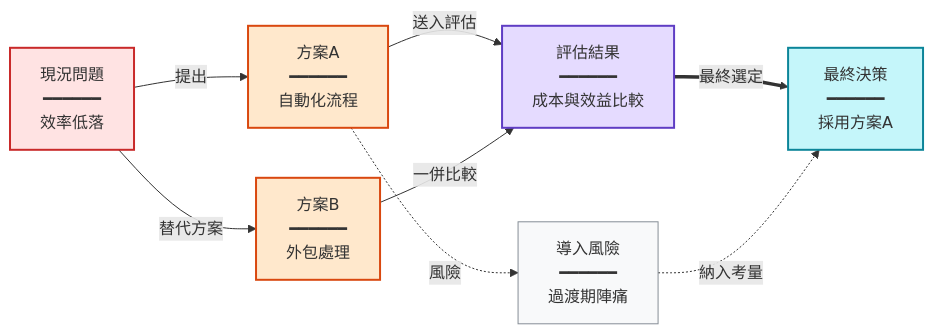
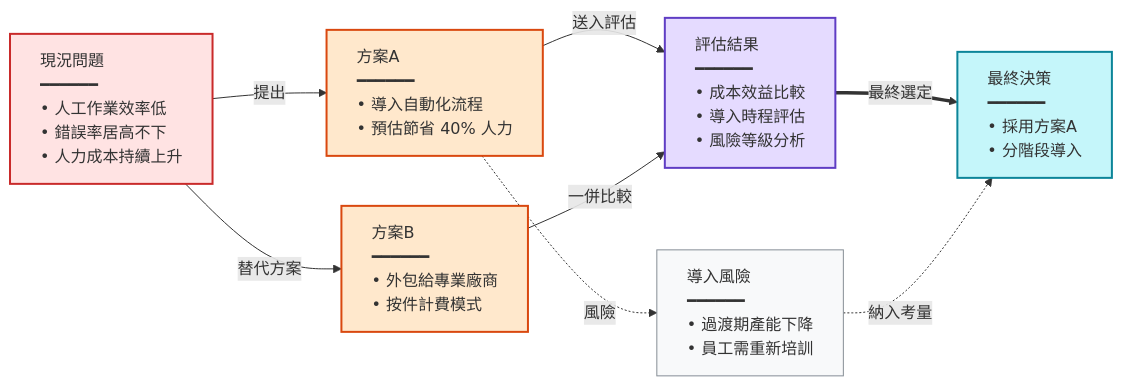
Before and after one commit to kouko/youtube-summarize-scraper: the second of 2 diagrams in prompts/builtin/mermaid-zh-Hant.md, drawn with Mermaid. The commit also changed other lines of this file and 2 other files, not shown here.

First line of the commit message:
feat: mermaid bullet list nodes, left-align, and layout improvements (#36)

````diff
--- a/prompts/builtin/mermaid-zh-Hant.md
+++ b/prompts/builtin/mermaid-zh-Hant.md
@@ -60,16 +61,16 @@
 ```mermaid
 graph LR
-H["現況問題<br/>━━━━━━<br/>效率低落"] -->|提出| I["方案A<br/>━━━━━━<br/>自動化流程"]
-H -->|替代方案| J["方案B<br/>━━━━━━<br/>外包處理"]
-I -->|送入評估| K["評估結果<br/>━━━━━━<br/>成本與效益比較"]
+H["<div style='text-align:left'>現況問題<br/>━━━━━━<br/>• 人工作業效率低<br/>• 錯誤率居高不下<br/>• 人力成本持續上升</div>"] -->|提出| I["<div style='text-align:left'>方案A<br/>━━━━━━<br/>• 導入自動化流程<br/>• 預估節省 40% 人力</div>"]
+H -->|替代方案| J["<div style='text-align:left'>方案B<br/>━━━━━━<br/>• 外包給專業廠商<br/>• 按件計費模式</div>"]
+I -->|送入評估| K["<div style='text-align:left'>評估結果<br/>━━━━━━<br/>• 成本效益比較<br/>• 導入時程評估<br/>• 風險等級分析</div>"]
 J -->|一併比較| K
-K ==>|最終選定| L["最終決策<br/>━━━━━━<br/>採用方案A"]
-I -.->|風險| M["導入風險<br/>━━━━━━<br/>過渡期陣痛"]
+K ==>|最終選定| L["<div style='text-align:left'>最終決策<br/>━━━━━━<br/>• 採用方案A<br/>• 分階段導入</div>"]
+I -.->|風險| M["<div style='text-align:left'>導入風險<br/>━━━━━━<br/>• 過渡期產能下降<br/>• 員工需重新培訓</div>"]
 M -.->|納入考量| L
 style H fill:#ffe3e3,stroke:#c92a2a,stroke-width:2px
 style I fill:#ffe8cc,stroke:#d9480f,stroke-width:2px
 style J fill:#ffe8cc,stroke:#d9480f,stroke-width:2px
 style K fill:#e5dbff,stroke:#5f3dc4,stroke-width:2px
 style L fill:#c5f6fa,stroke:#0c8599,stroke-width:2px
 style M fill:#f8f9fa,stroke:#868e96,stroke-width:1px
 ```
````
